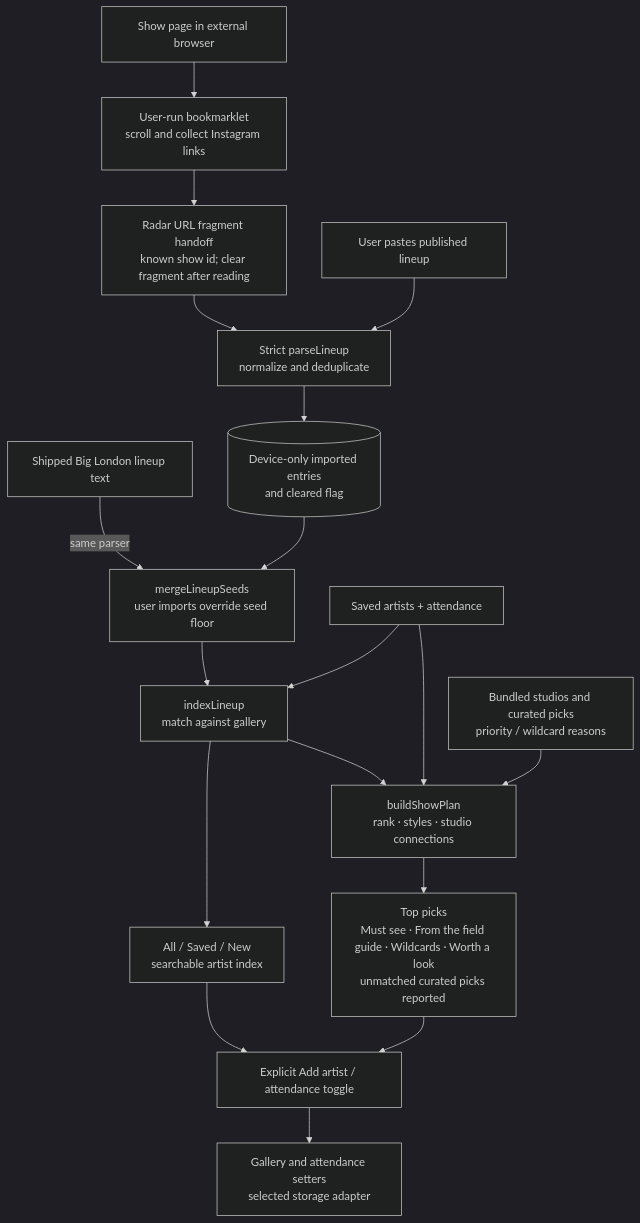
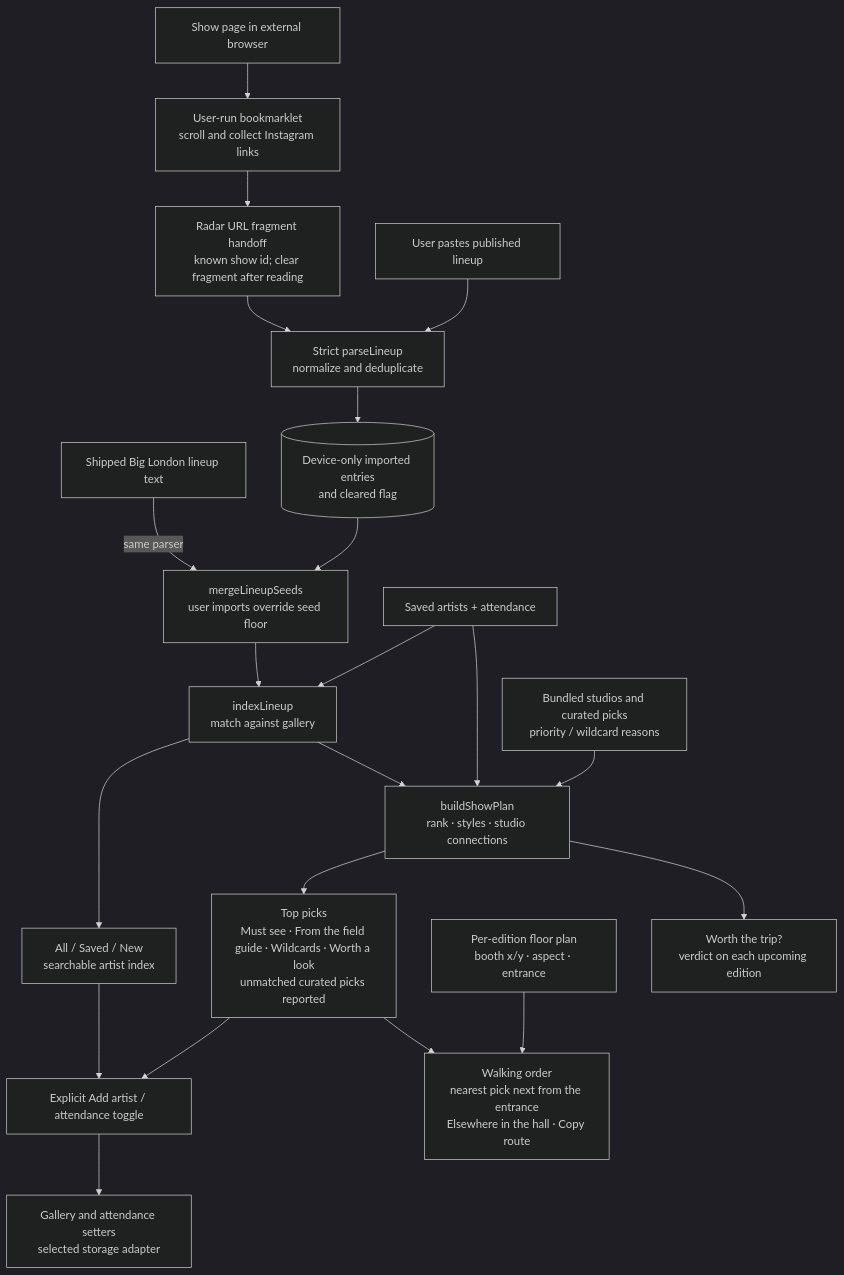
One commit to Pritesh1980/sable changed diagram 12 of 13 in docs/ARCHITECTURE.md. Above: the diagram before and after it, drawn with Mermaid (dark theme). The commit also changed other lines of this file and 18 other files, not shown here.

First line of the commit message:
feat(radar): worth-the-trip verdict and Top picks walking order (#190) (#253)

````diff
--- a/docs/ARCHITECTURE.md
+++ b/docs/ARCHITECTURE.md
@@ -825,30 +825,36 @@
 ```mermaid
 flowchart TB
   SEED["Shipped Big London lineup text"]
   PASTE["User pastes published lineup"]
   SHOW["Show page in external browser"]
   GRAB["User-run bookmarklet<br/>scroll and collect Instagram links"]
   HASH["Radar URL fragment handoff<br/>known show id; clear fragment after reading"]
   PARSE["Strict parseLineup<br/>normalize and deduplicate"]
   STORE[("Device-only imported entries<br/>and cleared flag")]
   MERGE["mergeLineupSeeds<br/>user imports override seed floor"]
   GALLERY["Saved artists + attendance"]
   INDEX["indexLineup<br/>match against gallery"]
   AZ["All / Saved / New<br/>searchable artist index"]
   PLAN["buildShowPlan<br/>rank · styles · studio connections"]
   CURATED["Bundled studios and curated picks<br/>priority / wildcard reasons"]
   PICKS["Top picks<br/>Must see · From the field guide · Wildcards · Worth a look<br/>unmatched curated picks reported"]
   KEEP["Explicit Add artist / attendance toggle"]
   SYNC["Gallery and attendance setters<br/>selected storage adapter"]
+  FLOOR["Per-edition floor plan<br/>booth x/y · aspect · entrance"]
+  ROUTE["Walking order<br/>nearest pick next from the entrance<br/>Elsewhere in the hall · Copy route"]
+  TRIP["Worth the trip?<br/>verdict on each upcoming edition"]
 
   SHOW --> GRAB --> HASH --> PARSE
   PASTE --> PARSE --> STORE
   SEED -- "same parser" --> MERGE
   STORE --> MERGE --> INDEX
   GALLERY --> INDEX --> AZ
   INDEX --> PLAN
   GALLERY --> PLAN
   CURATED --> PLAN --> PICKS
+  PICKS --> ROUTE
+  FLOOR --> ROUTE
+  PLAN --> TRIP
   AZ --> KEEP
   PICKS --> KEEP --> SYNC
 ```
````
